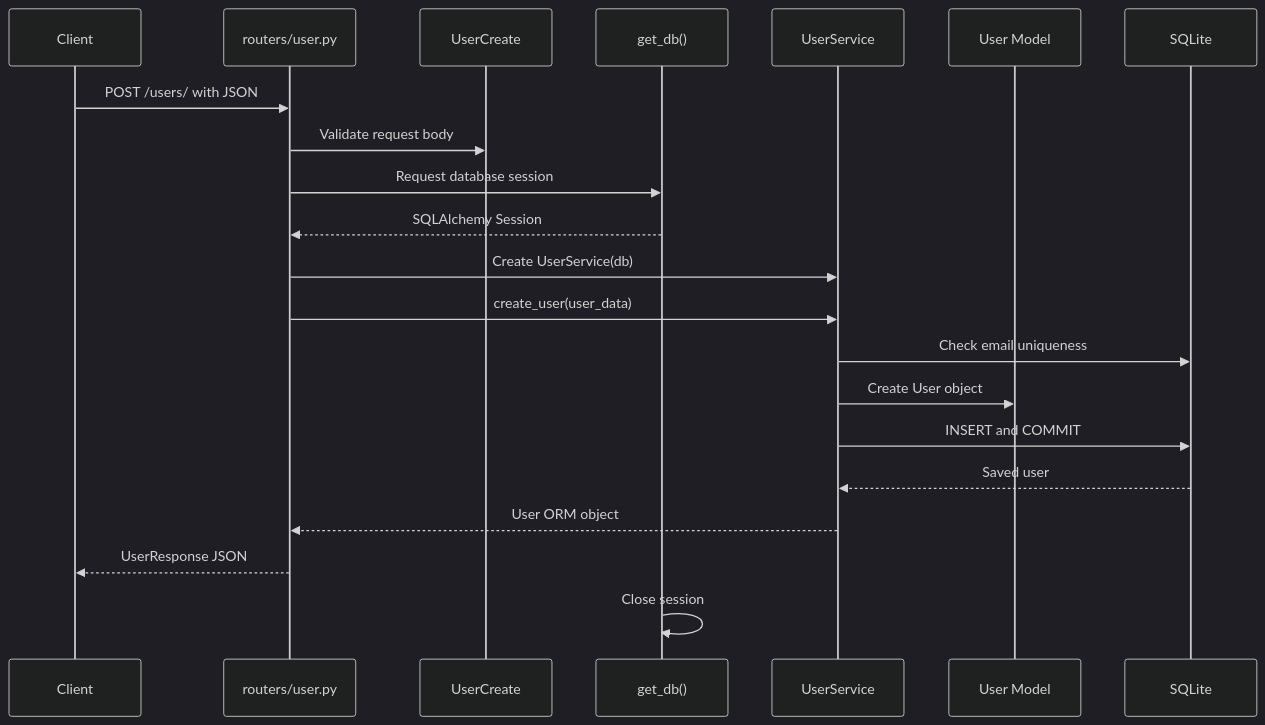
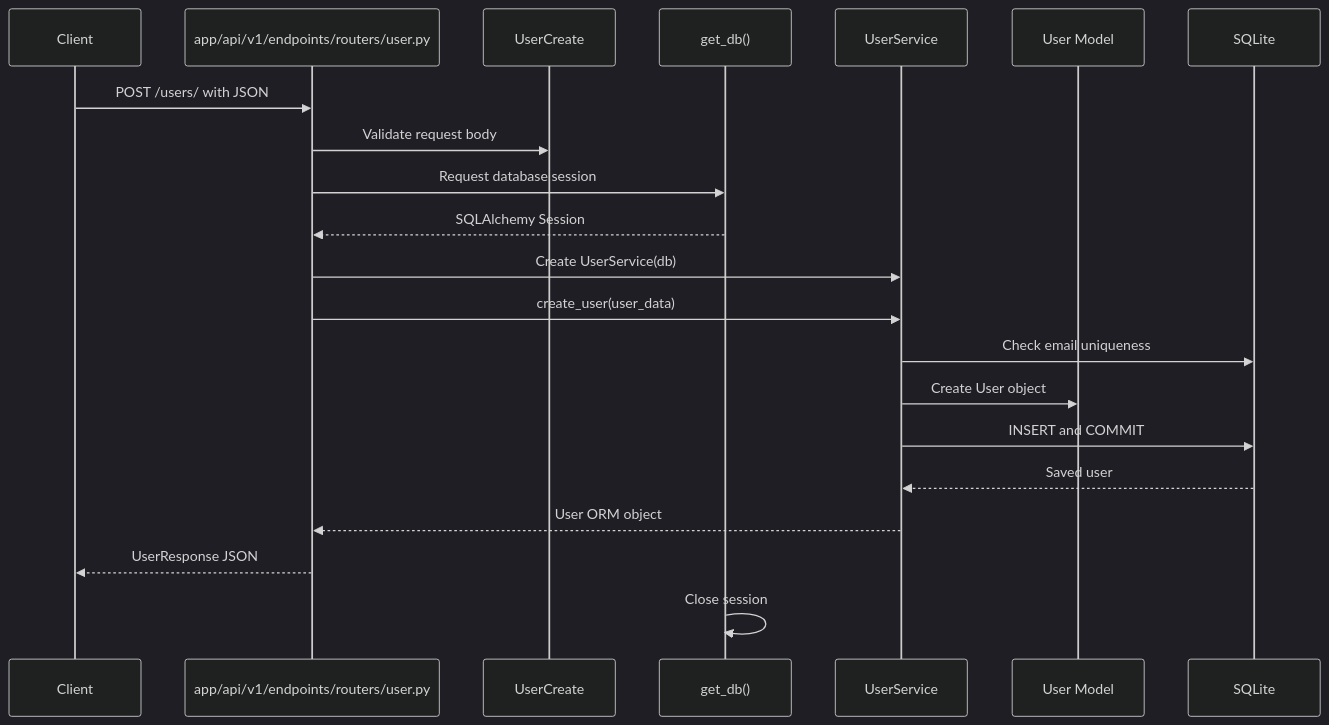
One commit to abhijeetBhale/FastAPI changed the third of 5 diagrams in awesome-project/docs/ARCHITECTURE_FLOW.md. Above: the diagram before and after it, drawn with Mermaid (dark theme). The commit also changed other lines of this file and 145 other files, not shown here.

````diff
--- a/awesome-project/docs/ARCHITECTURE_FLOW.md
+++ b/awesome-project/docs/ARCHITECTURE_FLOW.md
@@ -101,24 +113,24 @@
 ```mermaid
 sequenceDiagram
     participant Client
-    participant Router as routers/user.py
+    participant Router as app/api/v1/endpoints/routers/user.py
     participant Schema as UserCreate
     participant DBDependency as get_db()
     participant Service as UserService
     participant Model as User Model
     participant DB as SQLite
 
     Client->>Router: POST /users/ with JSON
     Router->>Schema: Validate request body
     Router->>DBDependency: Request database session
     DBDependency-->>Router: SQLAlchemy Session
     Router->>Service: Create UserService(db)
     Router->>Service: create_user(user_data)
     Service->>DB: Check email uniqueness
     Service->>Model: Create User object
     Service->>DB: INSERT and COMMIT
     DB-->>Service: Saved user
     Service-->>Router: User ORM object
     Router-->>Client: UserResponse JSON
     DBDependency->>DBDependency: Close session
 ```
````
